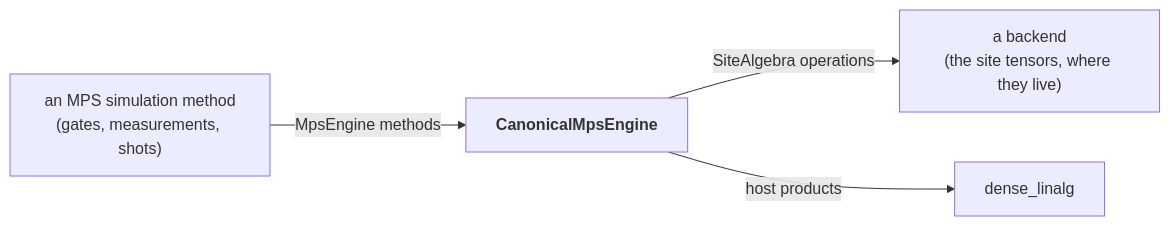
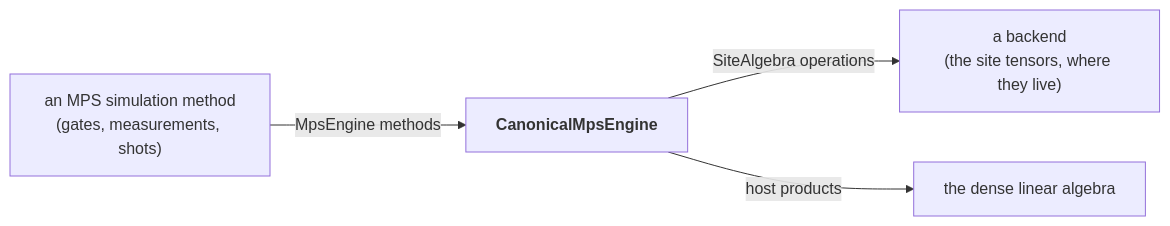
Before and after one commit to microsoft/qdk: the diagram in source/canonical_mps/README.md, drawn with Mermaid. The commit also changed other lines of this file and 33 other files, not shown here.

First line of the commit message:
canonical_mps: fold the dense linear algebra into the crate as a private module

````diff
--- a/source/canonical_mps/README.md
+++ b/source/canonical_mps/README.md
@@ -116,6 +117,6 @@
 ```mermaid
 flowchart LR
   S["an MPS simulation method<br/>(gates, measurements, shots)"] -->|"MpsEngine methods"| E["<b>CanonicalMpsEngine</b>"]
   E -->|"SiteAlgebra operations"| B["a backend<br/>(the site tensors, where they live)"]
-  E -->|"host products"| D["dense_linalg"]
+  E -->|"host products"| D["the dense linear algebra"]
 ```
````
